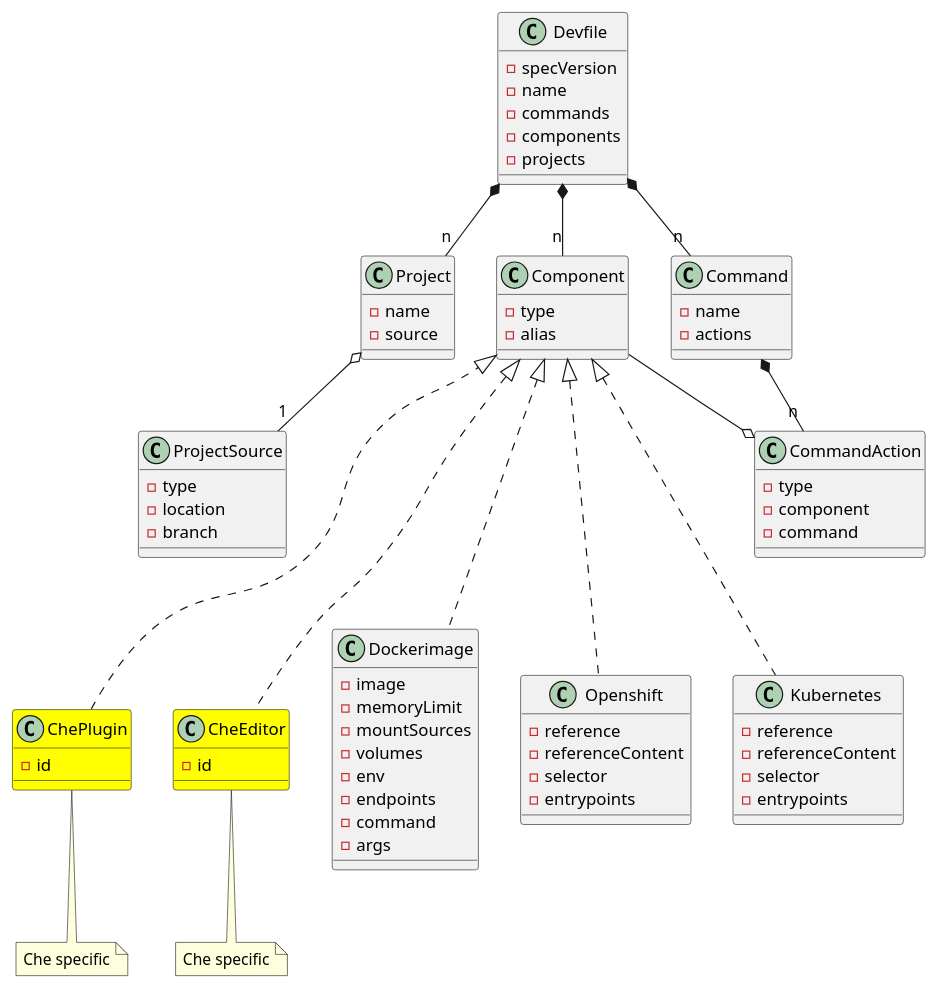
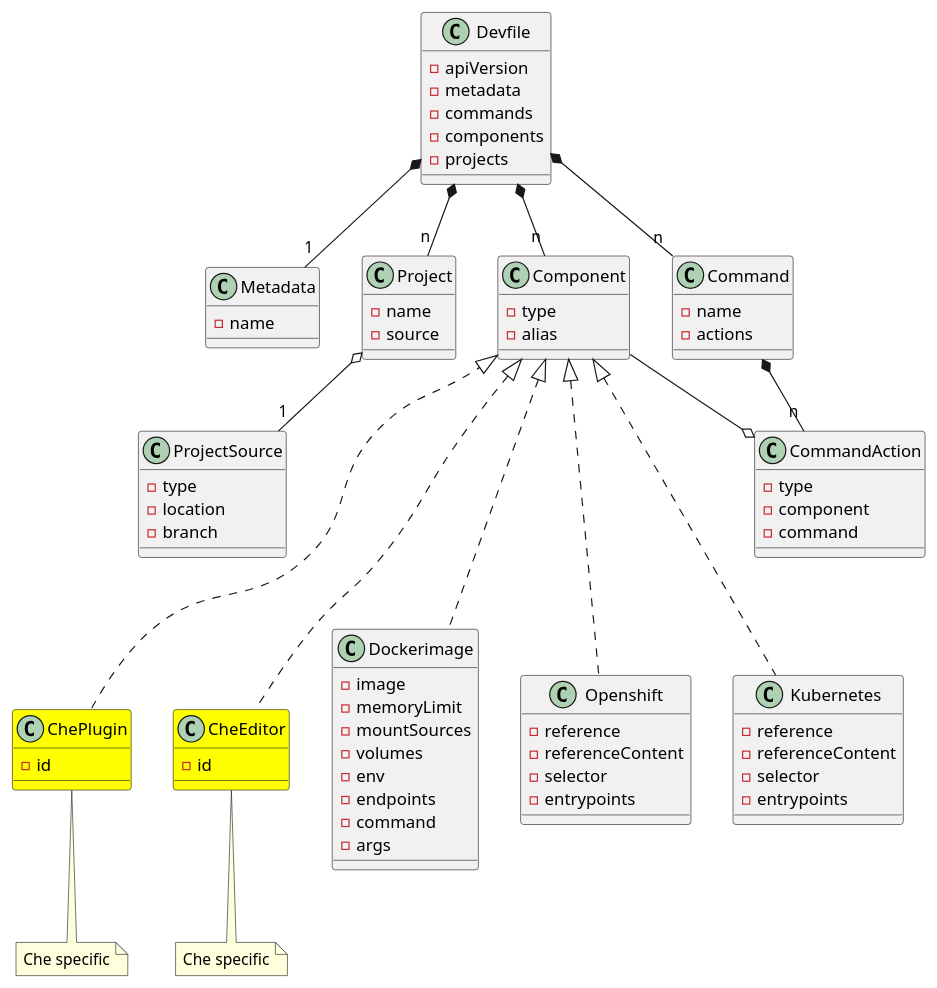
Before and after one commit to redhat-developer/devfile: the diagram in devfile_next.plantuml, drawn with PlantUML. The commit also changed 8 other files, not shown here.

Commit message:
Update the docs and samples to conform to the latest devfile schema.

```diff
--- a/devfile_next.plantuml
+++ b/devfile_next.plantuml
@@ -1,102 +1,108 @@
 @startuml devfile_next
 
 class Devfile {
-  - specVersion
-  - name
+  - apiVersion
+  - metadata
   - commands
   - components
   - projects
 }
 
 together {
+  class Metadata
   class Component
   class Command
   class Project
 }
 
+Devfile *-- "1" Metadata
 Devfile *-- "n" Component
 Devfile *-- "n" Command
 Devfile *-- "n" Project
+
+class Metadata {
+  - name
+}
 
 class Component {
     - type
     - alias
 }
 
 
 Component <|-.. Dockerimage
 Component <|-.. Openshift
 Component <|-.. Kubernetes
 Component <|-.. ChePlugin
 Component <|-.. CheEditor
 
 class Command {
   - name
   - actions
 }
 
 Command *-- "n" CommandAction
 CommandAction o-- Component
 
 class CommandAction {
   - type
   - component
   - command
 }
 
 class Project {
   - name
   - source
 }
 
 Project o-- "1" ProjectSource
 
 class ProjectSource {
   - type
   - location
   - branch
 }
 
 Project -[hidden]> Component
 Component -[hidden]> Command
 ProjectSource -[hidden]> CommandAction
 
 class Dockerimage {
    - image
    - memoryLimit
    - mountSources
    - volumes
    - env
    - endpoints
    - command
    - args
 }
 
 class Openshift {
   - reference
   - referenceContent
   - selector
   - entrypoints
 }
 
 class Kubernetes {
   - reference
   - referenceContent
   - selector
   - entrypoints
 }
 
 class ChePlugin #yellow {
   - id
 }
 note bottom of ChePlugin: Che specific
 
 class CheEditor #yellow {
   - id
 }
 note bottom of CheEditor: Che specific
 
 ChePlugin -[hidden]> CheEditor
 CheEditor -[hidden]> Dockerimage
 
 @enduml
```
